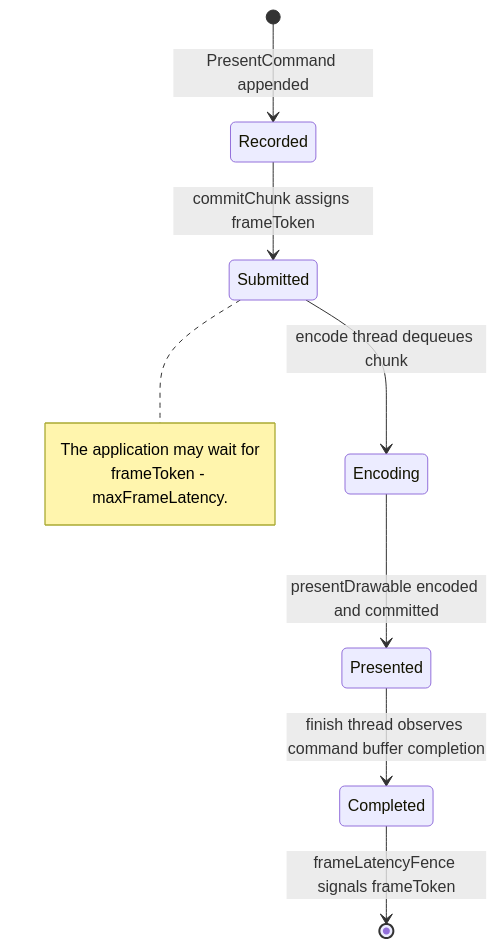
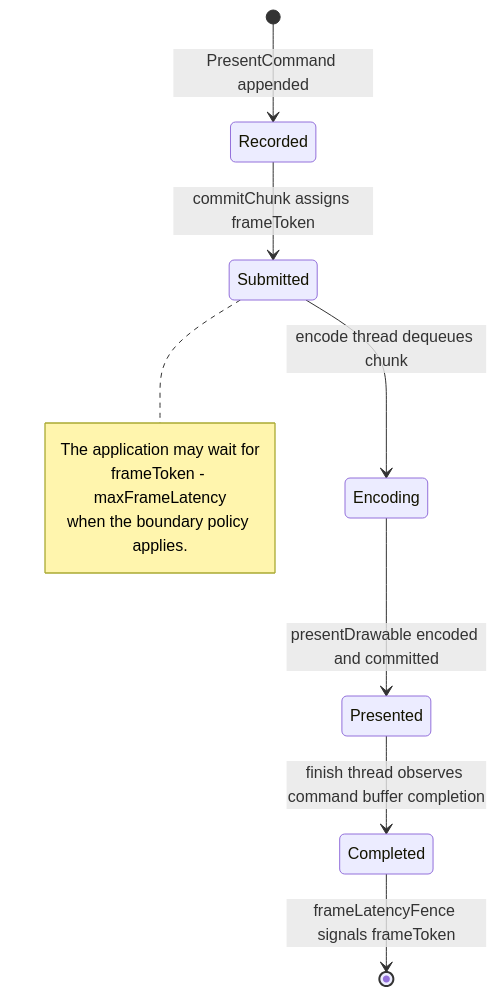
One commit to dfdgsdfg/dxmt9 changed diagram 11 of 11 in specs/backend/design.md. Above: the diagram before and after it, drawn with Mermaid. The commit also changed other lines of this file and 7 other files, not shown here.

````diff
--- a/specs/backend/design.md
+++ b/specs/backend/design.md
@@ -397,14 +398,15 @@
 ```mermaid
 stateDiagram-v2
     [*] --> Recorded : PresentCommand appended
     Recorded --> Submitted : commitChunk assigns frameToken
     Submitted --> Encoding : encode thread dequeues chunk
     Encoding --> Presented : presentDrawable encoded and committed
     Presented --> Completed : finish thread observes command buffer completion
     Completed --> [*] : frameLatencyFence signals frameToken
 
     note right of Submitted
         The application may wait for
-        frameToken - maxFrameLatency.
+        frameToken - maxFrameLatency
+        when the boundary policy applies.
     end note
 ```
````
